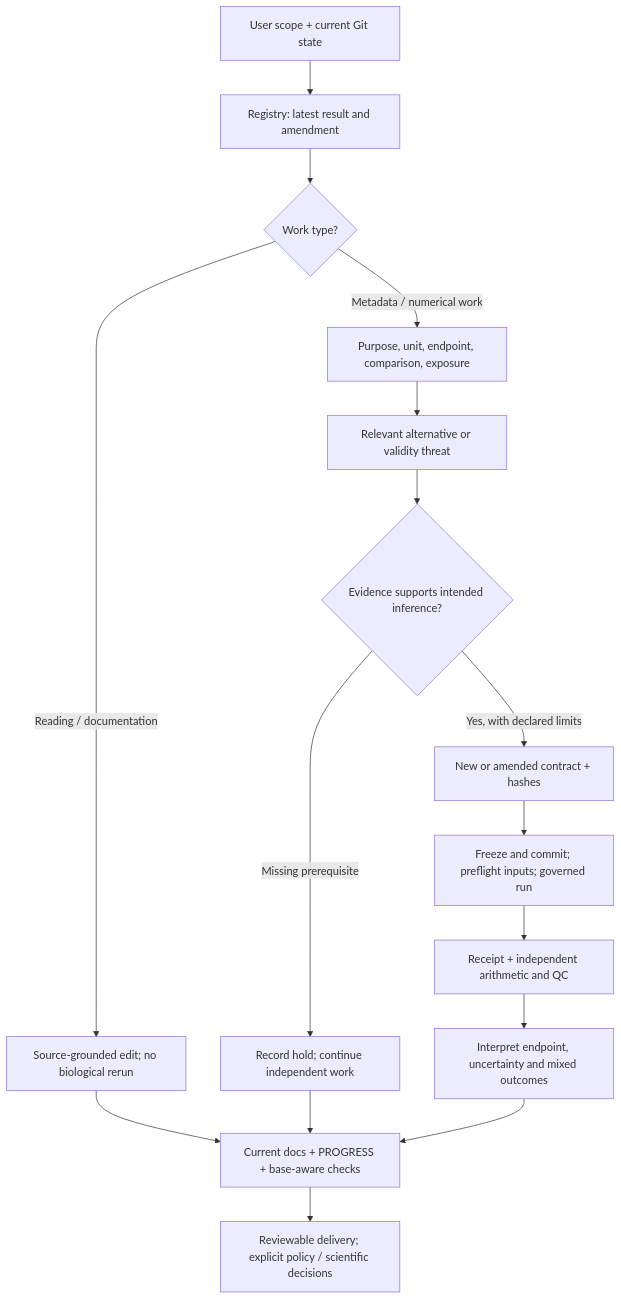
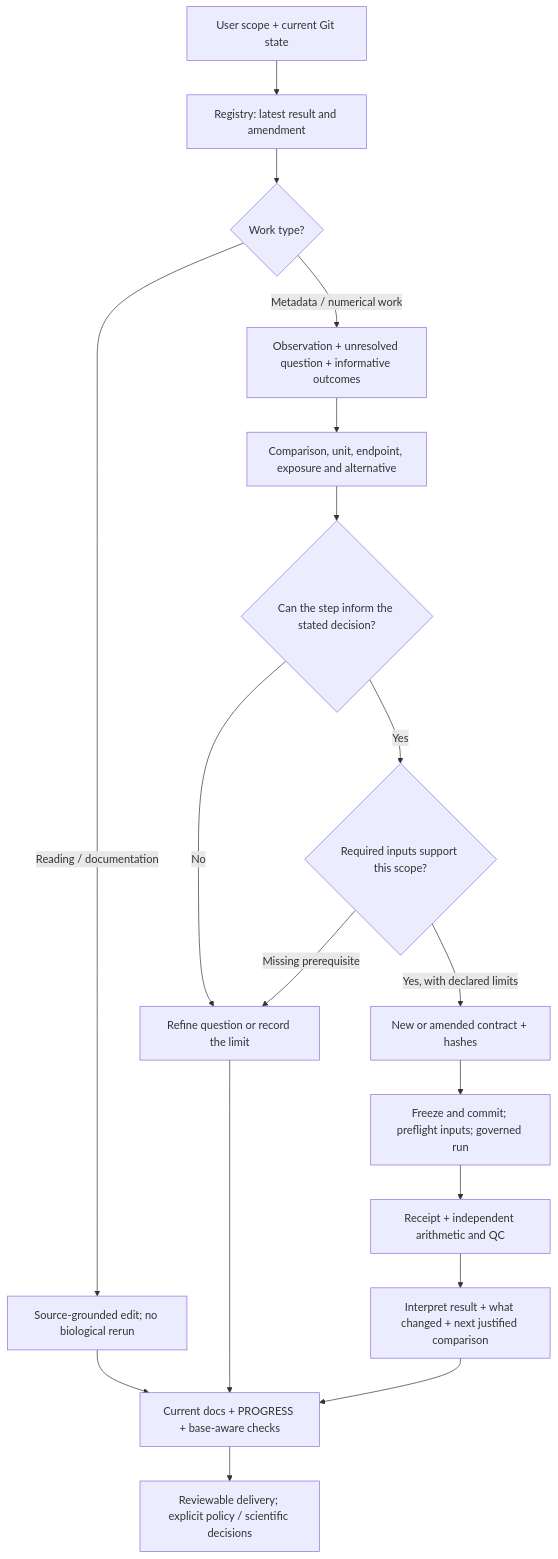
One commit to xorca0711/ravel changed the diagram in docs/AGENT_DECISION_WORKFLOW.md. Above: the diagram before and after it, drawn with Mermaid. The commit also changed other lines of this file and 2 other files, not shown here.

````diff
--- a/docs/AGENT_DECISION_WORKFLOW.md
+++ b/docs/AGENT_DECISION_WORKFLOW.md
@@ -91,18 +187,20 @@
 ```mermaid
 flowchart TD
   A[User scope + current Git state] --> B[Registry: latest result and amendment]
   B --> C{Work type?}
   C -->|Reading / documentation| D[Source-grounded edit; no biological rerun]
-  C -->|Metadata / numerical work| E[Purpose, unit, endpoint, comparison, exposure]
-  E --> F[Relevant alternative or validity threat]
-  F --> G{Evidence supports intended inference?}
-  G -->|Missing prerequisite| H[Record hold; continue independent work]
-  G -->|Yes, with declared limits| I[New or amended contract + hashes]
+  C -->|Metadata / numerical work| E[Observation + unresolved question + informative outcomes]
+  E --> F[Comparison, unit, endpoint, exposure and alternative]
+  F --> G{Can the step inform the stated decision?}
+  G -->|No| H[Refine question or record the limit]
+  G -->|Yes| O{Required inputs support this scope?}
+  O -->|Missing prerequisite| H
+  O -->|Yes, with declared limits| I[New or amended contract + hashes]
   I --> J[Freeze and commit; preflight inputs; governed run]
   J --> K[Receipt + independent arithmetic and QC]
-  K --> L[Interpret endpoint, uncertainty and mixed outcomes]
+  K --> L[Interpret result + what changed + next justified comparison]
   D --> M[Current docs + PROGRESS + base-aware checks]
   H --> M
   L --> M
   M --> N[Reviewable delivery; explicit policy / scientific decisions]
 ```
````
